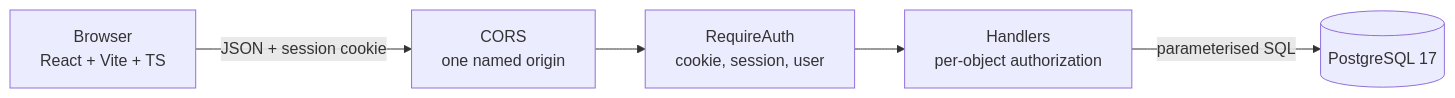
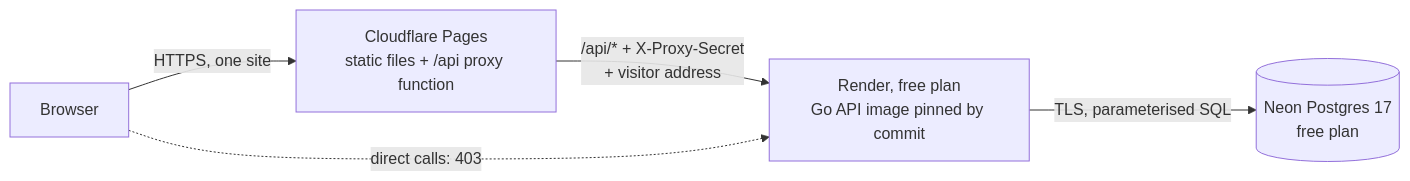
The first of 2 diagrams in README.md (rehrabbi/SentinelOps), drawn with Mermaid before and after one commit. The commit also changed other lines of this file and 1 other file, not shown here.

First line of the commit message:
docs: describe the deployed architecture in the README

````diff
--- a/README.md
+++ b/README.md
@@ -71,13 +75,7 @@
 ```mermaid
 flowchart LR
-    B["Browser<br/>React + Vite + TS"]
-    C["CORS<br/>one named origin"]
-    R["RequireAuth<br/>cookie, session, user"]
-    H["Handlers<br/>per-object authorization"]
-    D[("PostgreSQL 17")]
-
-    B -->|"JSON + session cookie"| C
-    C --> R
-    R --> H
-    H -->|"parameterised SQL"| D
+    B["Browser"] -->|"HTTPS, one site"| CF["Cloudflare Pages<br/>static files + /api proxy function"]
+    CF -->|"/api/* + X-Proxy-Secret<br/>+ visitor address"| API["Render, free plan<br/>Go API image pinned by commit"]
+    API -->|"TLS, parameterised SQL"| DB[("Neon Postgres 17<br/>free plan")]
+    B -.->|"direct calls: 403"| API
 ```
````
